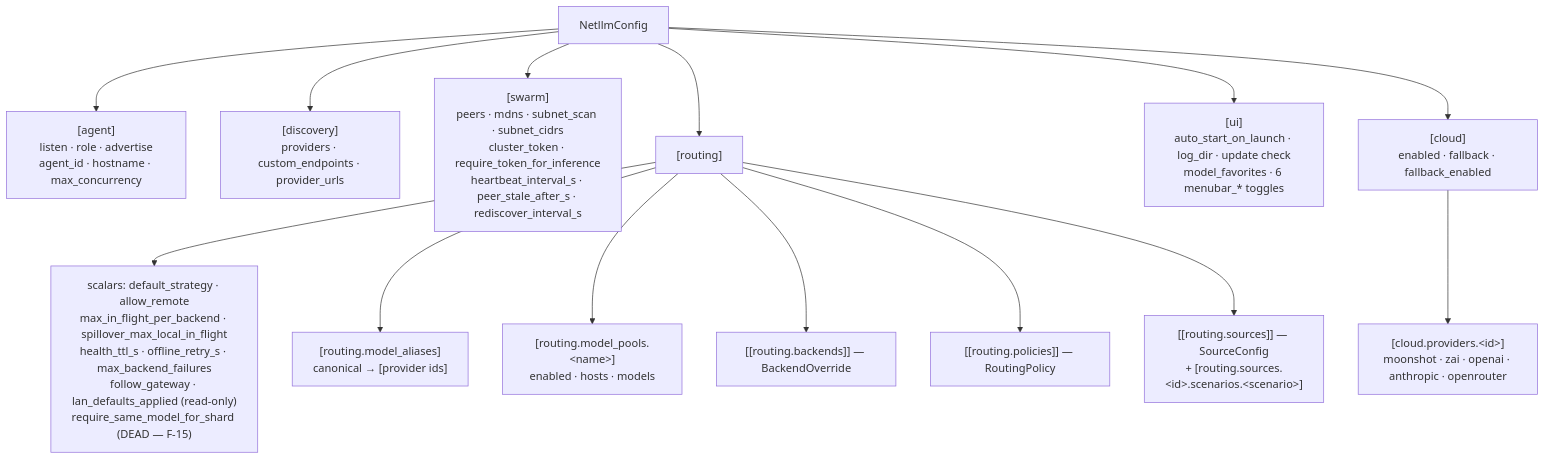
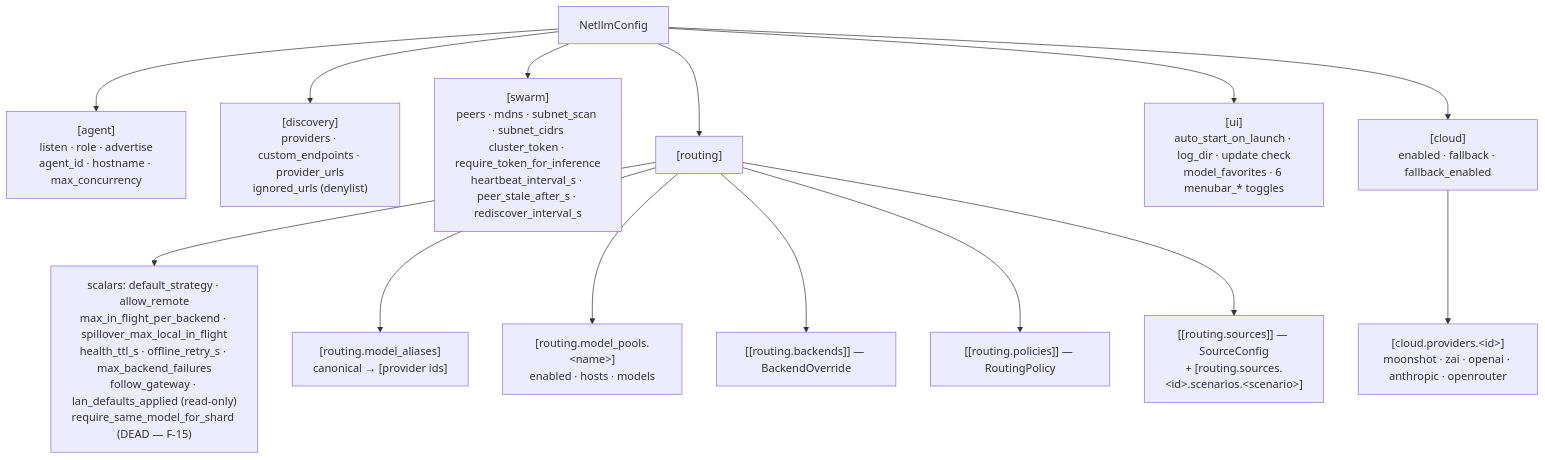
One commit to matthewdcage/llm-swarm-router changed the first of 5 diagrams in docs/architecture/05-configuration-and-control-plane.md. Above: the diagram before and after it, drawn with Mermaid. The commit also changed other lines of this file and 119 other files, not shown here.

````diff
--- a/docs/architecture/05-configuration-and-control-plane.md
+++ b/docs/architecture/05-configuration-and-control-plane.md
@@ -10,18 +10,18 @@
 ```mermaid
 flowchart TD
     ROOT["NetllmConfig"]
     ROOT --> AG["[agent]<br/>listen · role · advertise<br/>agent_id · hostname · max_concurrency"]
-    ROOT --> DI["[discovery]<br/>providers · custom_endpoints · provider_urls"]
+    ROOT --> DI["[discovery]<br/>providers · custom_endpoints · provider_urls<br/>ignored_urls (denylist)"]
     ROOT --> SW["[swarm]<br/>peers · mdns · subnet_scan · subnet_cidrs<br/>cluster_token · require_token_for_inference<br/>heartbeat_interval_s · peer_stale_after_s · rediscover_interval_s"]
     ROOT --> RT["[routing]"]
     ROOT --> UI["[ui]<br/>auto_start_on_launch · log_dir · update check<br/>model_favorites · 6 menubar_* toggles"]
     ROOT --> CL["[cloud]<br/>enabled · fallback · fallback_enabled"]
 
     RT --> RT1["scalars: default_strategy · allow_remote<br/>max_in_flight_per_backend · spillover_max_local_in_flight<br/>health_ttl_s · offline_retry_s · max_backend_failures<br/>follow_gateway · lan_defaults_applied (read-only)<br/>require_same_model_for_shard (DEAD — F-15)"]
     RT --> RT2["[routing.model_aliases]<br/>canonical → [provider ids]"]
     RT --> RT3["[routing.model_pools.&lt;name&gt;]<br/>enabled · hosts · models"]
     RT --> RT4["[[routing.backends]] — BackendOverride"]
     RT --> RT5["[[routing.policies]] — RoutingPolicy"]
     RT --> RT6["[[routing.sources]] — SourceConfig<br/>+ [routing.sources.&lt;id&gt;.scenarios.&lt;scenario&gt;]"]
     CL --> CL1["[cloud.providers.&lt;id&gt;]<br/>moonshot · zai · openai · anthropic · openrouter"]
 ```
````
